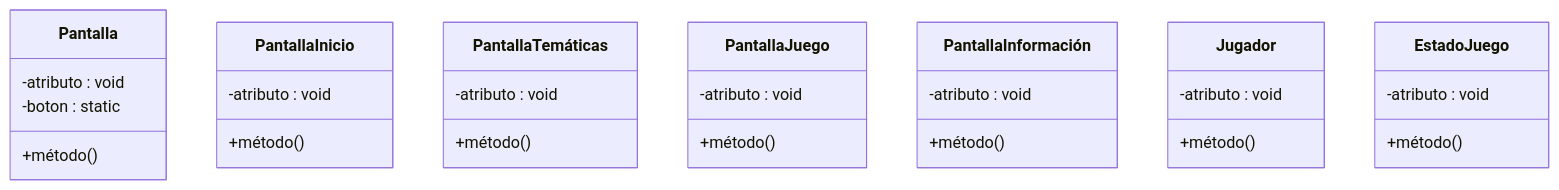
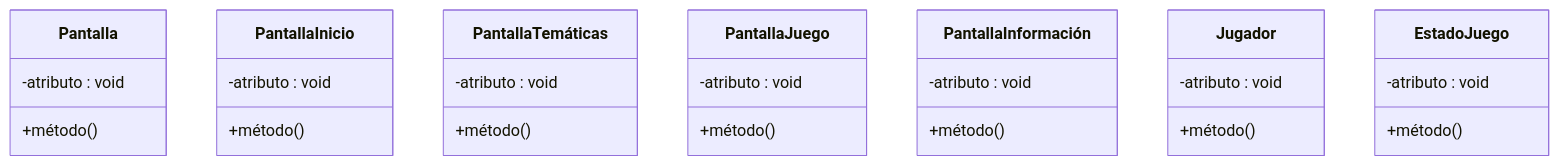
The diagram in Reporte/AhorcadoUnivalle.md (Ulvenforst/MiniProyectoAhorcado), drawn with Mermaid before and after one commit.

````diff
--- a/Reporte/AhorcadoUnivalle.md
+++ b/Reporte/AhorcadoUnivalle.md
@@ -7,41 +7,40 @@
   ```mermaid
   classDiagram
 
   class Pantalla {
     -atributo : void
-    -boton : static
     +método()
   }
 
   class PantallaInicio {
     -atributo : void
     +método()
   }
 
   class PantallaTemáticas {
     -atributo : void
     +método()
   }
 
   class PantallaJuego {
     -atributo : void
     +método()
   }
   
   class PantallaInformación {
     -atributo : void
     +método()
   }
 
   class Jugador {
     -atributo : void
     +método()
   }
 
   class EstadoJuego {
     -atributo : void
     +método()
   }
 
 
   ```
````
